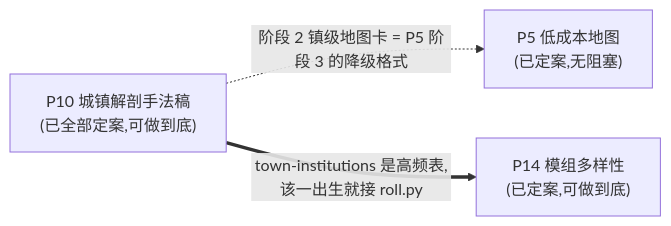
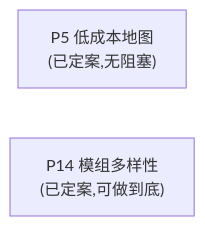
The diagram in update_plan/README.md (Mzihong/coc-keeper-kit), drawn with Mermaid before and after one commit. The commit also changed other lines of this file and 17 other files, not shown here.

````diff
--- a/update_plan/README.md
+++ b/update_plan/README.md
@@ -26,9 +25,5 @@
 ```mermaid
 graph LR
     P5["P5 低成本地图<br/>(已定案,无阻塞)"]
-    P10["P10 城镇解剖手法稿<br/>(已全部定案,可做到底)"]
     P14["P14 模组多样性<br/>(已定案,可做到底)"]
-
-    P10 -. 阶段 2 镇级地图卡 = P5 阶段 3 的降级格式 .-> P5
-    P10 == town-institutions 是高频表,该一出生就接 roll.py ==> P14
 ```
````
